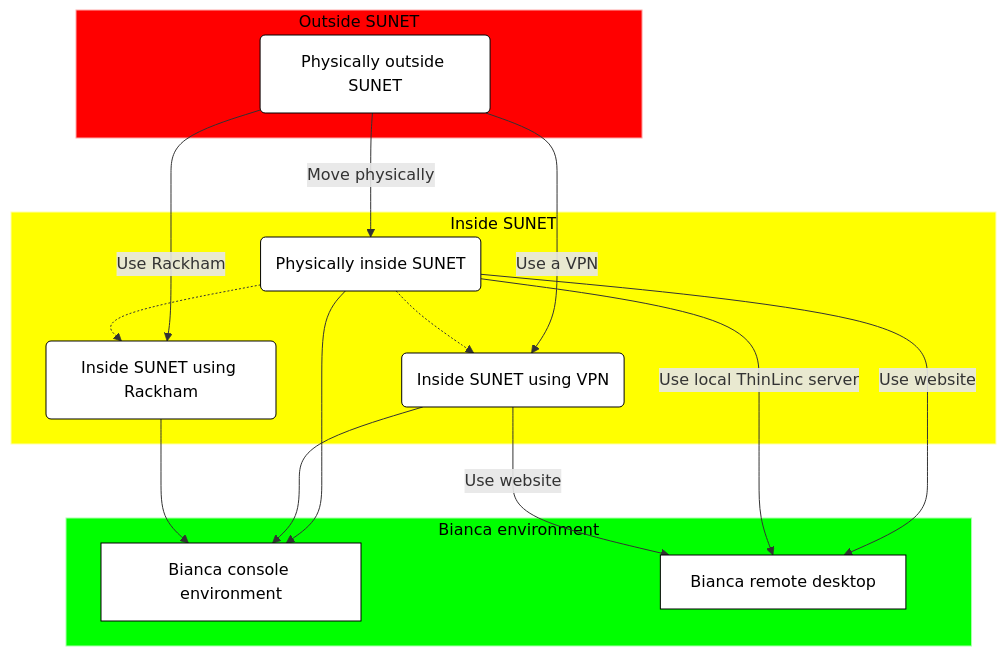
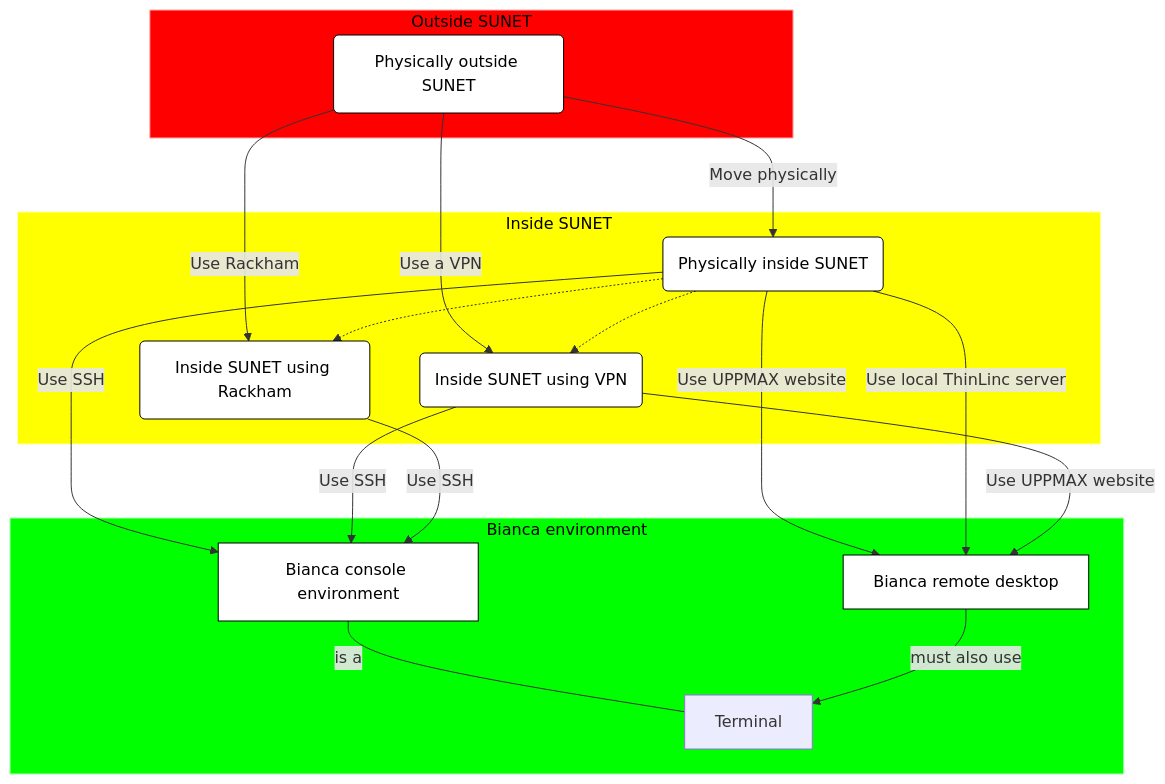
Before and after one commit to UPPMAX/bianca_workshop: the fourth of 4 diagrams in docs/login_bianca.md, drawn with Mermaid. The commit also changed other lines of this file and 6 other files, not shown here.

````diff
--- a/docs/login_bianca.md
+++ b/docs/login_bianca.md
@@ -12,41 +346,44 @@
 ```mermaid
 flowchart TD
 
     subgraph sub_outside[Outside SUNET]
       outside(Physically outside SUNET)
       style outside fill:#fff,color:#000,stroke:#000
     end    
     style sub_outside fill:#f00,color:#000,stroke:#faa
 
     subgraph sub_inside[Inside SUNET]
       physically_inside(Physically inside SUNET)
       inside_using_vpn(Inside SUNET using VPN)
       inside_using_rackham(Inside SUNET using Rackham)
       style physically_inside fill:#fff,color:#000,stroke:#000
       style inside_using_vpn fill:#fff,color:#000,stroke:#000
       style inside_using_rackham fill:#fff,color:#000,stroke:#000
     end
     style sub_inside fill:#ff0,color:#000,stroke:#ffa
 
     subgraph sub_bianca_env[Bianca environment]
       bianca_console[Bianca console environment]
       bianca_remote_desktop[Bianca remote desktop] 
+      bianca_terminal[Terminal] 
       style bianca_console fill:#fff,color:#000,stroke:#000
       style bianca_remote_desktop fill:#fff,color:#000,stroke:#000
       %% style bianca_console fill:#000,color:#0f0,stroke:#000
       %% style bianca_remote_desktop fill:#bbf,color:#fff,stroke:#00f
     end
     style sub_bianca_env fill:#0f0,color:#000,stroke:#afa
 
     outside-->|Move physically|physically_inside
     outside-->|Use a VPN|inside_using_vpn
     outside-->|Use Rackham|inside_using_rackham
-    physically_inside-->bianca_console
-    physically_inside-->|Use website|bianca_remote_desktop
+    physically_inside-->|Use SSH|bianca_console
+    physically_inside-->|Use UPPMAX website|bianca_remote_desktop
     physically_inside-->|Use local ThinLinc server|bianca_remote_desktop
     physically_inside-.->inside_using_rackham
     physically_inside-.->inside_using_vpn
-    inside_using_vpn-->bianca_console
-    inside_using_vpn-->|Use website|bianca_remote_desktop
-    inside_using_rackham-->bianca_console
+    inside_using_vpn-->|Use SSH|bianca_console
+    inside_using_vpn-->|Use UPPMAX website|bianca_remote_desktop
+    inside_using_rackham-->|Use SSH|bianca_console
+    bianca_console---|is a|bianca_terminal
+    bianca_remote_desktop-->|must also use|bianca_terminal
 ```
````
